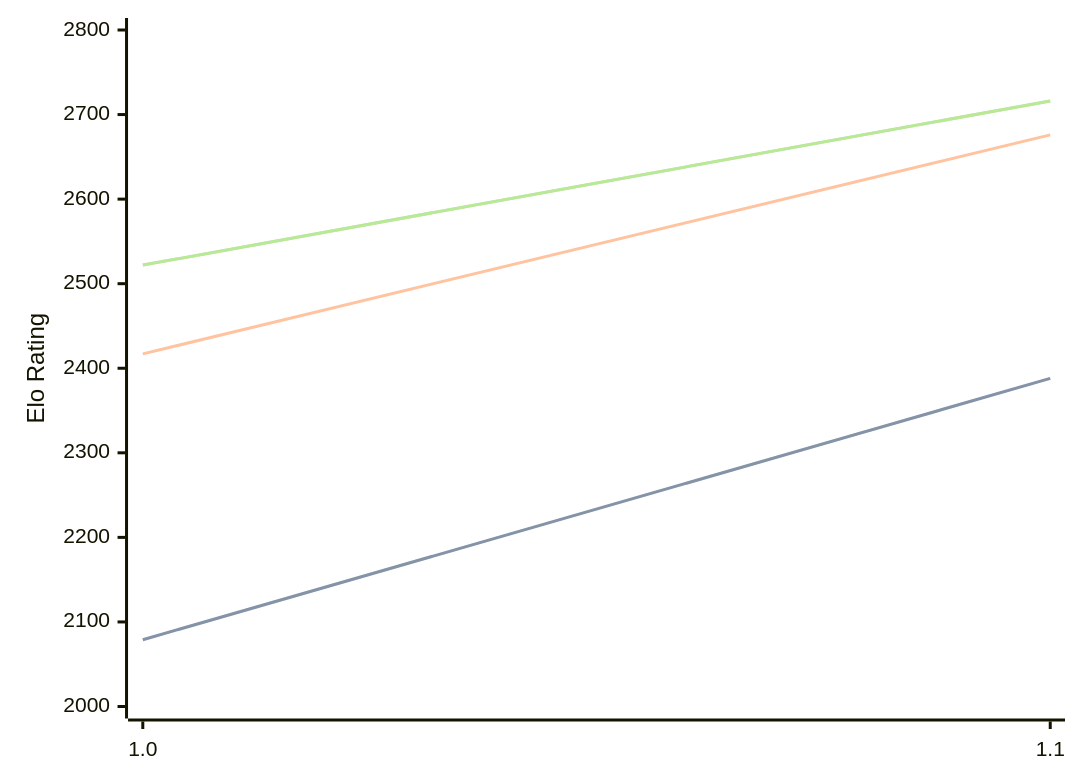
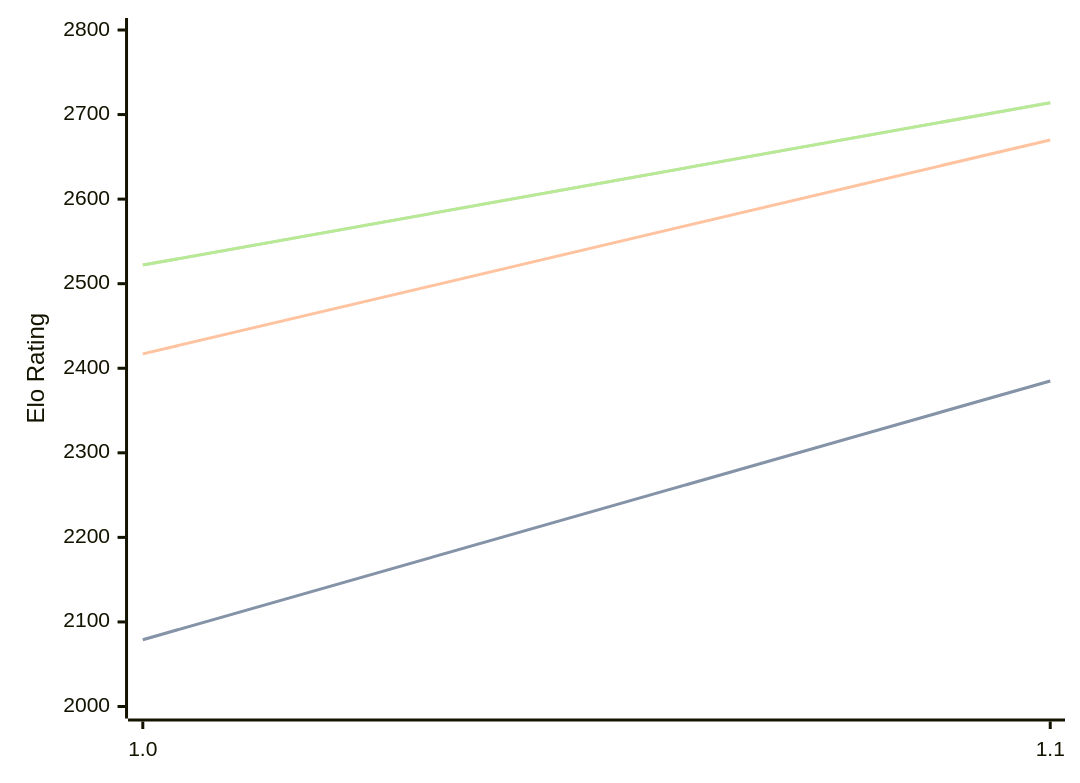
Before and after one commit to computer-chess-index/cci: the diagram in engines/Erinn.md, drawn with Mermaid. The commit also changed other lines of this file, not shown here.

Commit message:
Update CCI Ratings (ELO VLTC) - 2026-07-29

````diff
--- a/engines/Erinn.md
+++ b/engines/Erinn.md
@@ -32,11 +32,11 @@
 ```mermaid
 %%{init: {"theme":"base","themeVariables":{"seriesColors:['#a3a3a3','#222221','#faa371']}}}%%
 xychart-beta
   x-axis ["1.0", "1.1"]
   y-axis "Elo Rating" 2000 --> 2800
-  line "STC (8.0+0.08s)" [2079, 2388]
-  line "STC (8.0+0.08s)" [2079, 2388]
-  line "LTC (60.0+0.60s)" [2417, 2676]
-  line "VLTC (2m24s+1.12s)" [2522, 2716]
-  line "VLTC (2m24s+1.12s)" [2522, 2716]
+  line "STC (8.0+0.08s)" [2079, 2385]
+  line "STC (8.0+0.08s)" [2079, 2385]
+  line "LTC (60.0+0.60s)" [2417, 2670]
+  line "VLTC (2m24s+1.12s)" [2522, 2714]
+  line "VLTC (2m24s+1.12s)" [2522, 2714]
 ```
````
